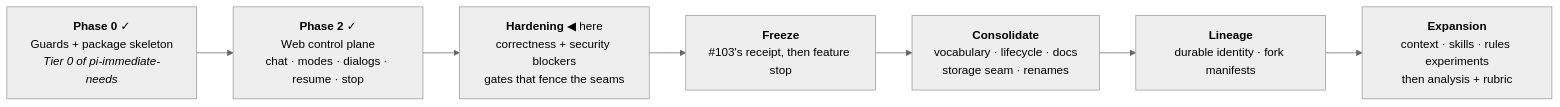
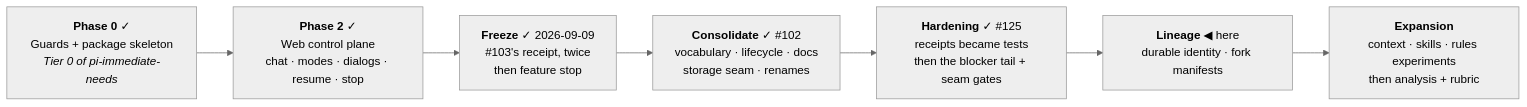
Before and after one commit to dopamine911/enso-harness: the fifth of 6 diagrams in docs/architecture.md, drawn with Mermaid (neutral theme). The commit also changed other lines of this file, not shown here.

First line of the commit message:
Phasing, corrected: the freeze WAS invoked and each gate is dated

````diff
--- a/docs/architecture.md
+++ b/docs/architecture.md
@@ -255,11 +255,11 @@
 ```mermaid
 graph LR
   P0["<b>Phase 0</b> ✓<br/>Guards + package skeleton<br/><i>Tier 0 of pi-immediate-needs</i>"]
   P2["<b>Phase 2</b> ✓<br/>Web control plane<br/>chat · modes · dialogs · resume · stop"]
-  H["<b>Hardening</b> ◀ here<br/>correctness + security blockers<br/>gates that fence the seams"]
-  F["<b>Freeze</b><br/>#103's receipt, then feature stop"]
-  C["<b>Consolidate</b><br/>vocabulary · lifecycle · docs<br/>storage seam · renames"]
-  L["<b>Lineage</b><br/>durable identity · fork manifests"]
+  F["<b>Freeze</b> ✓ 2026-09-09<br/>#103's receipt, twice<br/>then feature stop"]
+  C["<b>Consolidate</b> ✓ #102<br/>vocabulary · lifecycle · docs<br/>storage seam · renames"]
+  H["<b>Hardening</b> ✓ #125<br/>receipts became tests<br/>then the blocker tail + seam gates"]
+  L["<b>Lineage</b> ◀ here<br/>durable identity · fork manifests"]
   X["<b>Expansion</b><br/>context · skills · rules experiments<br/>then analysis + rubric"]
-  P0 --> P2 --> H --> F --> C --> L --> X
+  P0 --> P2 --> F --> C --> H --> L --> X
 ```
````
